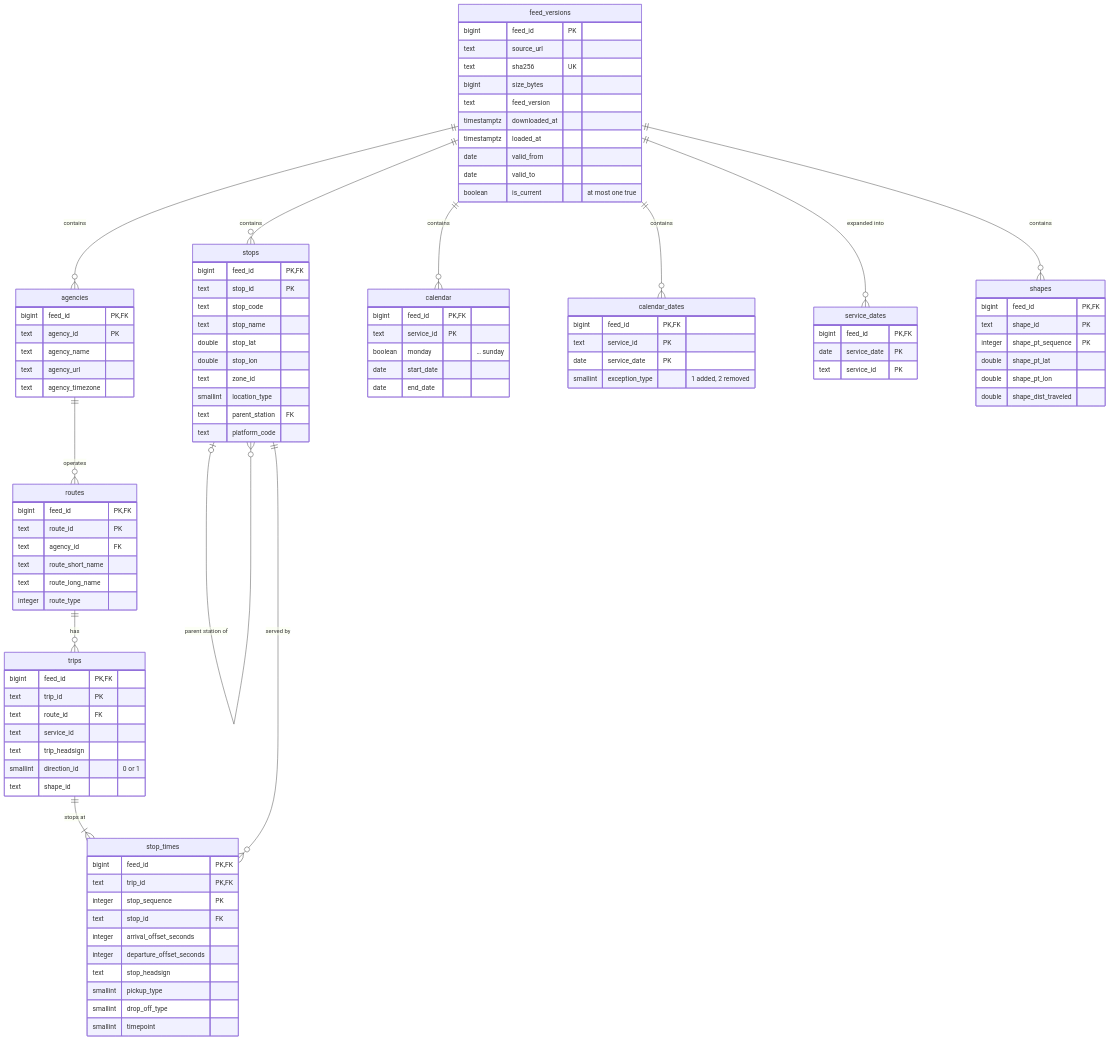
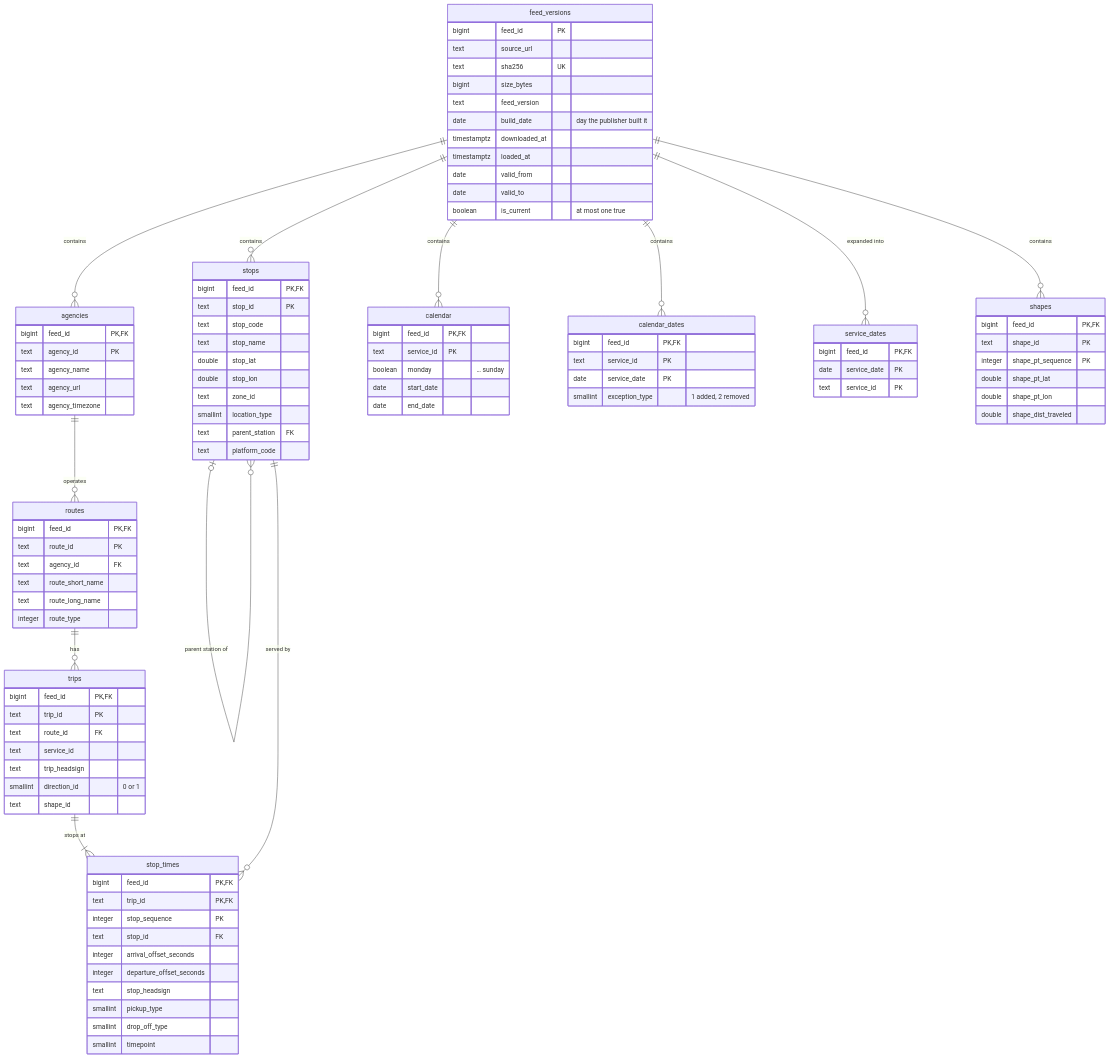
One commit to Vecoza/realtime-transit-platform changed the diagram in docs/erd_gtfs.md. Above: the diagram before and after it, drawn with Mermaid. The commit also changed 5 other files, not shown here.

Commit message:
Choose the feed for an operating day by its build date

```diff
--- a/docs/erd_gtfs.md
+++ b/docs/erd_gtfs.md
@@ -22,6 +22,7 @@
         text sha256 UK
         bigint size_bytes
         text feed_version
+        date build_date "day the publisher built it"
         timestamptz downloaded_at
         timestamptz loaded_at
         date valid_from
```
